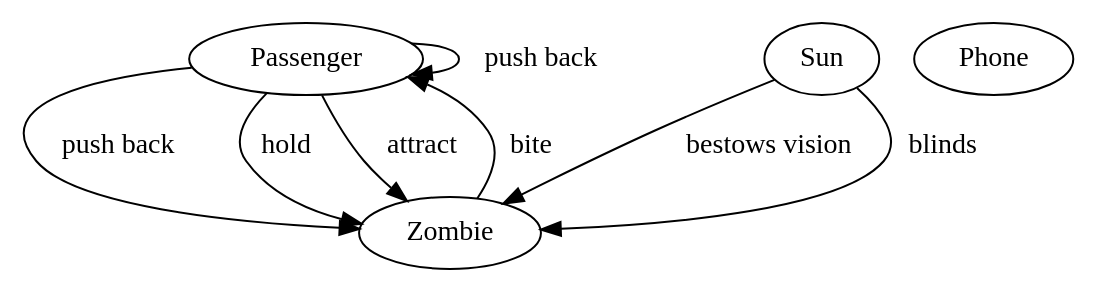
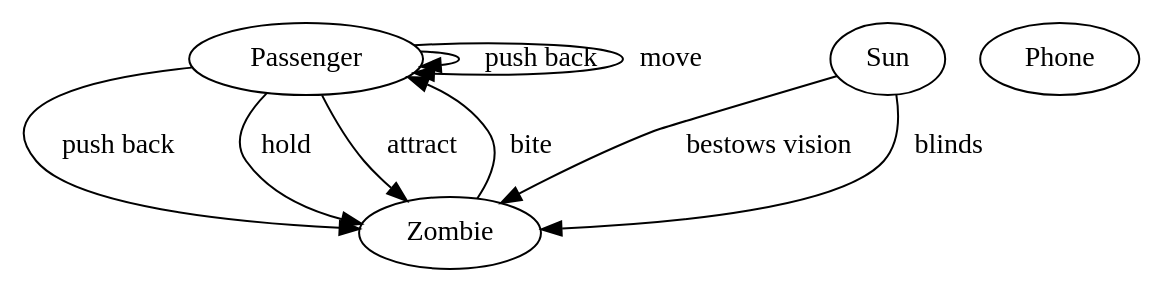
One commit to nucleartide/ludum-dare-43 changed the diagram in design.dot. Above: the diagram before and after it, drawn with Graphviz.

```diff
--- a/design.dot
+++ b/design.dot
@@ -1,32 +1,38 @@
 digraph G {
   Passenger
   Zombie
   Sun
   Phone
 
   // Upon being bitten,
   // passengers turn into zombies after 5s.
   Zombie -> Passenger [label=" bite "]
 
   // Passengers have close-range attacks:
   // bats, fists, shields.
   //
   // When used, zombies are shoved back.
   // (And disabled?)
   Passenger -> Zombie [label=" push back "]
   Passenger -> Zombie [label=" hold "]
 
   // But only if Sun bestows vision,
   // And zombie is within line of sight.
   Passenger -> Zombie [label=" attract "]
 
   // Passengers can also push back each other.
   // This is a form of sacrifice.
   Passenger -> Passenger [label=" push back "]
+  Passenger -> Passenger [label=" move "]
 
   // With sunlight, zombies can see passengers.
   Sun -> Zombie [label=" bestows vision "]
 
   // Without sunlight, zombies can't see passengers.
   Sun -> Zombie [label=" blinds "]
+
+  // Win: make it through 5 levels.
+  // Lose: everyone dies.
+
+  // Controls: start / stop time.
 }
```
